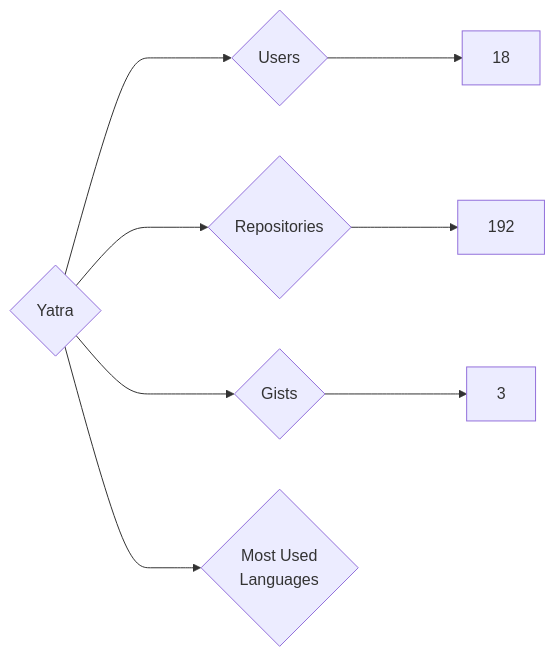
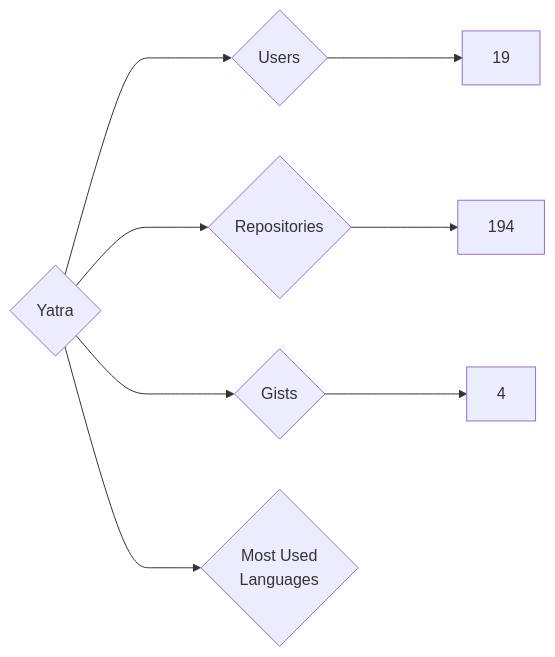
The diagram in targets/Yatra/README.md (nenadzaric/insiders), drawn with Mermaid before and after one commit. The commit also changed 1342 other files, not shown here.

````diff
--- a/targets/Yatra/README.md
+++ b/targets/Yatra/README.md
@@ -3,8 +3,8 @@
 ```mermaid
 graph LR
 COMPANY_NAME{Yatra}
-COMPANY_NAME ---> U{Users} ---> UN[18]
-COMPANY_NAME ---> R{Repositories} ---> RN[192]
-COMPANY_NAME ---> G{Gists} ---> GN[3]
+COMPANY_NAME ---> U{Users} ---> UN[19]
+COMPANY_NAME ---> R{Repositories} ---> RN[194]
+COMPANY_NAME ---> G{Gists} ---> GN[4]
 COMPANY_NAME ---> ML{Most Used<br>Languages}
 ```
````
